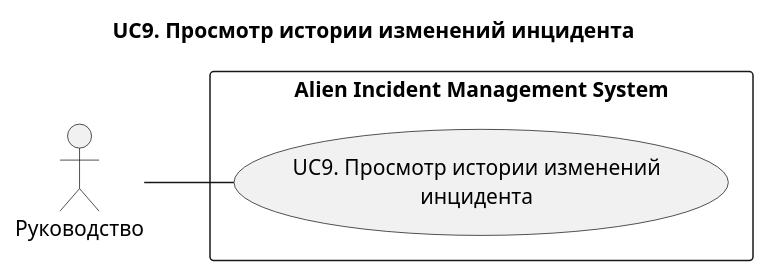
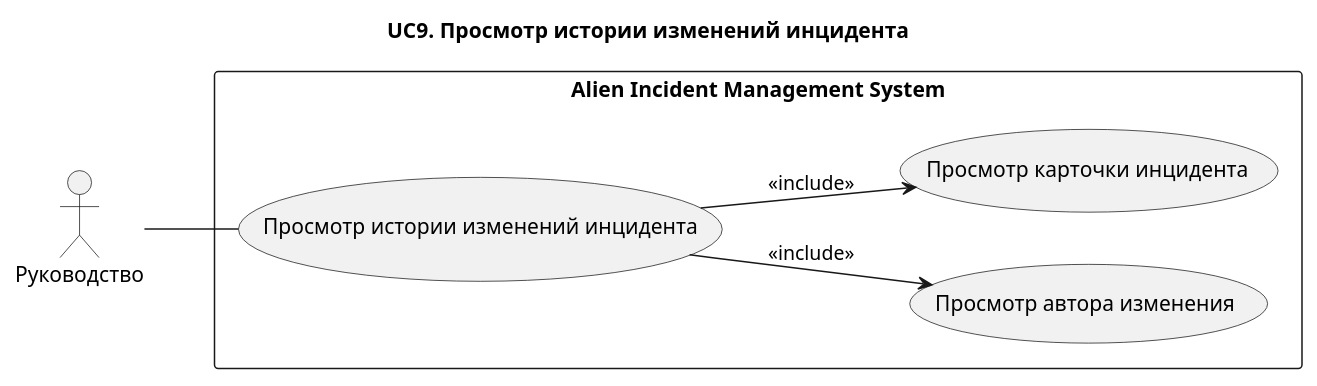
One commit to Andryss/AIMS changed the diagram in docs/use-case/UC9.md. Above: the diagram before and after it, drawn with PlantUML. The commit also changed other lines of this file and 23 other files, not shown here.

Commit message:
docs: refine use-case diagrams and centralize rendering commands

````diff
--- a/docs/use-case/UC9.md
+++ b/docs/use-case/UC9.md
@@ -3,15 +5,23 @@
 ```plantuml
 @startuml
 title UC9. Просмотр истории изменений инцидента
 left to right direction
 
 actor "Руководство" as Management
 
 rectangle "Alien Incident Management System" {
-  usecase "UC9. Просмотр истории изменений\nинцидента" as UC9
+
+(Просмотр истории изменений инцидента) as UC11
+
+(Просмотр автора изменения) as UC113
+(Просмотр карточки инцидента) as UC111
+
 }
 
-Management -- UC9
+Management -- UC11
+
+UC11 --> UC111 : <<include>>
+UC11 --> UC113 : <<include>>
 
 @enduml
 ```
````
